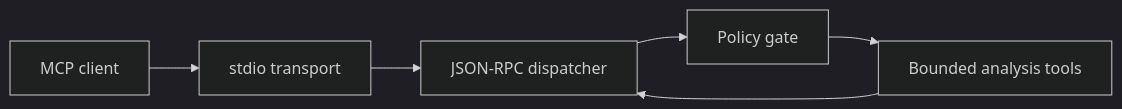
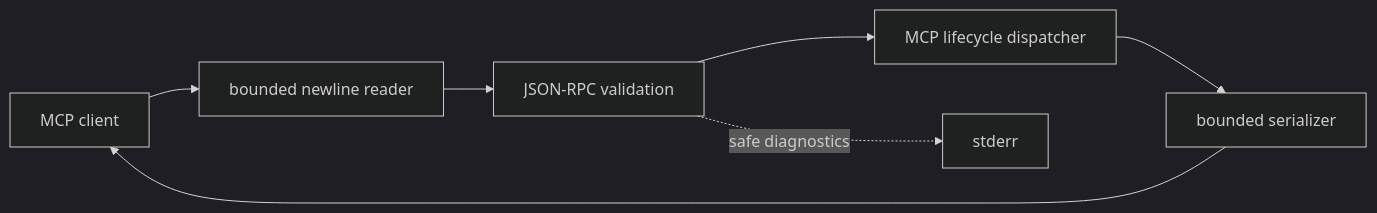
The diagram in README.md (kabbersokhi-boop/native-mcp-sandbox), drawn with Mermaid (dark theme) before and after one commit. The commit also changed other lines of this file and 21 other files, not shown here.

Commit message:
Implement bounded stdio MCP lifecycle

````diff
--- a/README.md
+++ b/README.md
@@ -149,8 +153,9 @@
 ```mermaid
 flowchart LR
-    A["MCP client"] --> B["stdio transport"]
-    B --> C["JSON-RPC dispatcher"]
-    C --> D["Policy gate"]
-    D --> E["Bounded analysis tools"]
-    E --> C
+    A["MCP client"] --> B["bounded newline reader"]
+    B --> C["JSON-RPC validation"]
+    C --> D["MCP lifecycle dispatcher"]
+    D --> E["bounded serializer"]
+    E --> A
+    C -. "safe diagnostics" .-> F["stderr"]
 ```
````
